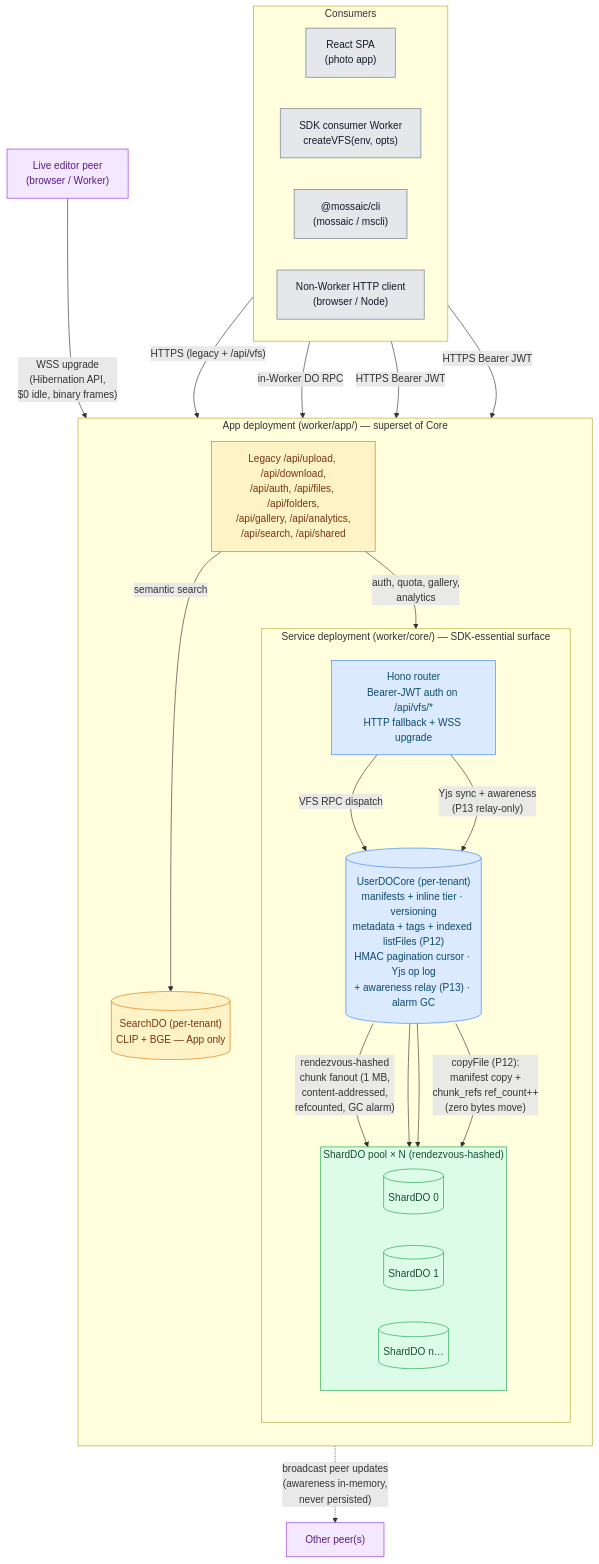
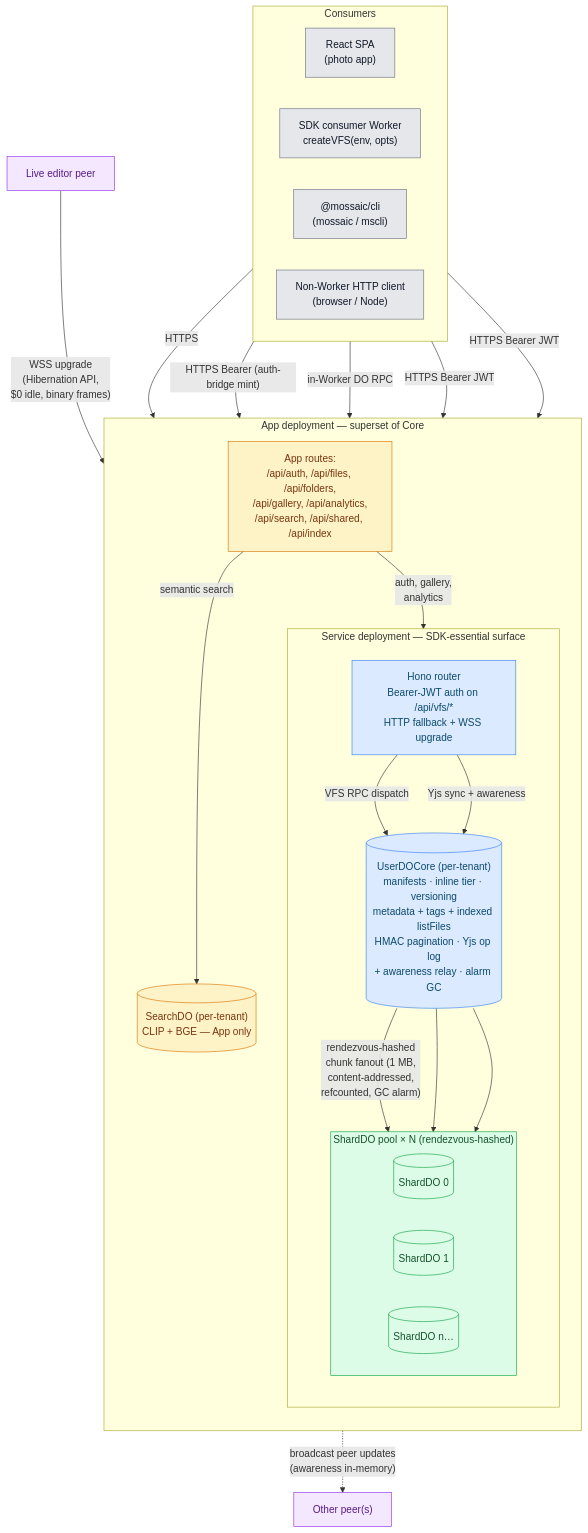
The second of 2 diagrams in README.md (AshishKumar4/Mossaic), drawn with Mermaid before and after one commit. The commit also changed other lines of this file and 11 other files, not shown here.

````diff
--- a/README.md
+++ b/README.md
@@ -235,64 +102,58 @@
 ```mermaid
 flowchart TD
-    %% ───── Consumers ─────
     subgraph Consumers["Consumers"]
         direction LR
         SPA["React SPA<br/>(photo app)"]
         Worker["SDK consumer Worker<br/>createVFS(env, opts)"]
         CLI["@mossaic/cli<br/>(mossaic / mscli)"]
         HTTP["Non-Worker HTTP client<br/>(browser / Node)"]
     end
 
-    %% ───── Service-mode boundary (App ⊃ Core) ─────
-    subgraph App["App deployment (worker/app/) — superset of Core"]
+    subgraph App["App deployment — superset of Core"]
         direction TB
-        subgraph Core["Service deployment (worker/core/) — SDK-essential surface"]
+        subgraph Core["Service deployment — SDK-essential surface"]
             direction TB
             CoreRouter["Hono router<br/>Bearer-JWT auth on /api/vfs/*<br/>HTTP fallback + WSS upgrade"]
-            UserDOCore[("UserDOCore (per-tenant)<br/>manifests + inline tier · versioning<br/>metadata + tags + indexed listFiles (P12)<br/>HMAC pagination cursor · Yjs op log<br/>+ awareness relay (P13) · alarm GC")]
+            UserDOCore[("UserDOCore (per-tenant)<br/>manifests · inline tier · versioning<br/>metadata + tags + indexed listFiles<br/>HMAC pagination · Yjs op log<br/>+ awareness relay · alarm GC")]
             subgraph ShardPool["ShardDO pool × N (rendezvous-hashed)"]
                 direction LR
                 S0[("ShardDO 0")]
                 S1[("ShardDO 1")]
                 Sn[("ShardDO n…")]
             end
         end
-        AppRouter["Legacy /api/upload, /api/download,<br/>/api/auth, /api/files, /api/folders,<br/>/api/gallery, /api/analytics,<br/>/api/search, /api/shared"]
+        AppRouter["App routes:<br/>/api/auth, /api/files, /api/folders,<br/>/api/gallery, /api/analytics,<br/>/api/search, /api/shared, /api/index"]
         SearchDO[("SearchDO (per-tenant)<br/>CLIP + BGE — App only")]
     end
 
-    %% ───── Edges: HTTP / RPC ─────
-    SPA -- "HTTPS (legacy + /api/vfs)" --> AppRouter
+    SPA -- "HTTPS" --> AppRouter
+    SPA -- "HTTPS Bearer (auth-bridge mint)" --> CoreRouter
     Worker -- "in-Worker DO RPC" --> UserDOCore
     CLI -- "HTTPS Bearer JWT" --> CoreRouter
     HTTP -- "HTTPS Bearer JWT" --> CoreRouter
-    AppRouter -- "auth, quota, gallery,<br/>analytics" --> UserDOCore
+    AppRouter -- "auth, gallery,<br/>analytics" --> UserDOCore
     AppRouter -- "semantic search" --> SearchDO
     CoreRouter -- "VFS RPC dispatch" --> UserDOCore
 
-    %% ───── Storage flow ─────
     UserDOCore -- "rendezvous-hashed<br/>chunk fanout (1 MB,<br/>content-addressed,<br/>refcounted, GC alarm)" --> S0
     UserDOCore --> S1
     UserDOCore --> Sn
-    UserDOCore -- "copyFile (P12):<br/>manifest copy +<br/>chunk_refs ref_count++<br/>(zero bytes move)" --> S0
 
-    %% ───── Yjs WebSocket path ─────
-    Browser["Live editor peer<br/>(browser / Worker)"]
+    Browser["Live editor peer"]
     Browser2["Other peer(s)"]
     Browser -- "WSS upgrade<br/>(Hibernation API,<br/>$0 idle, binary frames)" --> CoreRouter
-    CoreRouter -- "Yjs sync + awareness<br/>(P13 relay-only)" --> UserDOCore
-    UserDOCore -. "broadcast peer updates<br/>(awareness in-memory,<br/>never persisted)" .-> Browser2
+    CoreRouter -- "Yjs sync + awareness" --> UserDOCore
+    UserDOCore -. "broadcast peer updates<br/>(awareness in-memory)" .-> Browser2
 
-    %% ───── Styling (light + dark GitHub themes) ─────
     classDef consumer fill:#e5e7eb,stroke:#6b7280,stroke-width:1px,color:#111827;
     classDef core fill:#dbeafe,stroke:#3b82f6,stroke-width:1px,color:#0c4a6e;
     classDef app fill:#fef3c7,stroke:#d97706,stroke-width:1px,color:#78350f;
     classDef shard fill:#dcfce7,stroke:#16a34a,stroke-width:1px,color:#14532d;
     classDef peer fill:#f3e8ff,stroke:#9333ea,stroke-width:1px,color:#581c87;
 
     class SPA,Worker,CLI,HTTP consumer;
     class CoreRouter,UserDOCore core;
     class AppRouter,SearchDO app;
     class S0,S1,Sn,ShardPool shard;
     class Browser,Browser2 peer;
 ```
````
